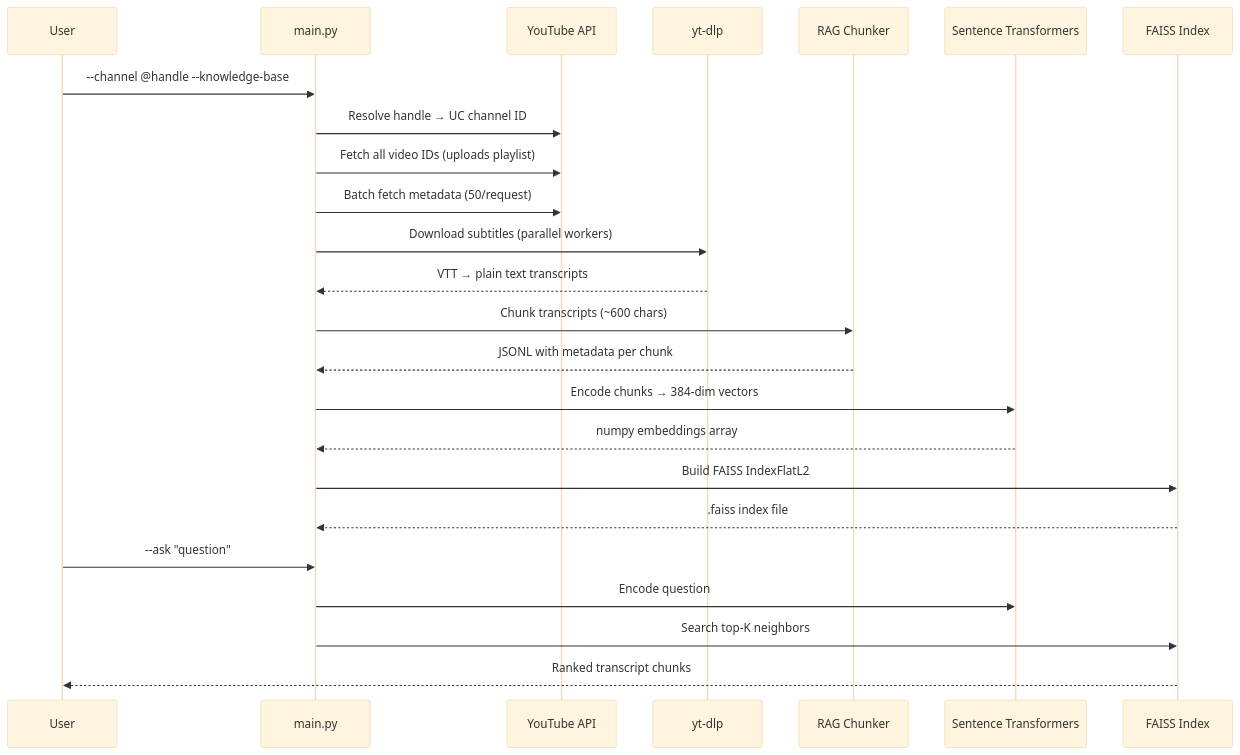
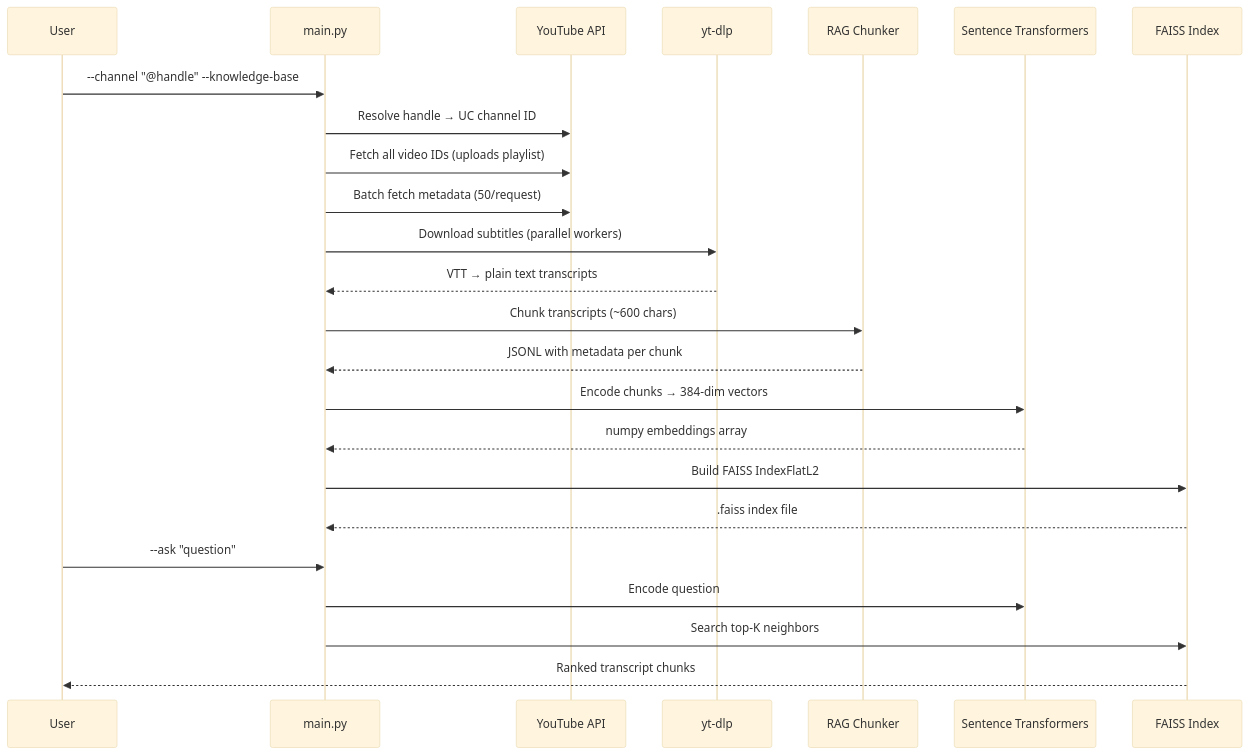
The second of 2 diagrams in README.md (rav4nn/youtube-rag-scraper), drawn with Mermaid (base theme) before and after one commit. The commit also changed other lines of this file, not shown here.

Commit message:
fix: quote channel handles in README examples for PowerShell compatibility

````diff
--- a/README.md
+++ b/README.md
@@ -254,27 +254,27 @@
 ```mermaid
 sequenceDiagram
     participant U as User
     participant CLI as main.py
     participant YT as YouTube API
     participant DL as yt-dlp
     participant RAG as RAG Chunker
     participant EMB as Sentence Transformers
     participant DB as FAISS Index
 
-    U->>CLI: --channel @handle --knowledge-base
+    U->>CLI: --channel "@handle" --knowledge-base
     CLI->>YT: Resolve handle → UC channel ID
     CLI->>YT: Fetch all video IDs (uploads playlist)
     CLI->>YT: Batch fetch metadata (50/request)
     CLI->>DL: Download subtitles (parallel workers)
     DL-->>CLI: VTT → plain text transcripts
     CLI->>RAG: Chunk transcripts (~600 chars)
     RAG-->>CLI: JSONL with metadata per chunk
     CLI->>EMB: Encode chunks → 384-dim vectors
     EMB-->>CLI: numpy embeddings array
     CLI->>DB: Build FAISS IndexFlatL2
     DB-->>CLI: .faiss index file
     U->>CLI: --ask "question"
     CLI->>EMB: Encode question
     CLI->>DB: Search top-K neighbors
     DB-->>U: Ranked transcript chunks
 ```
````
